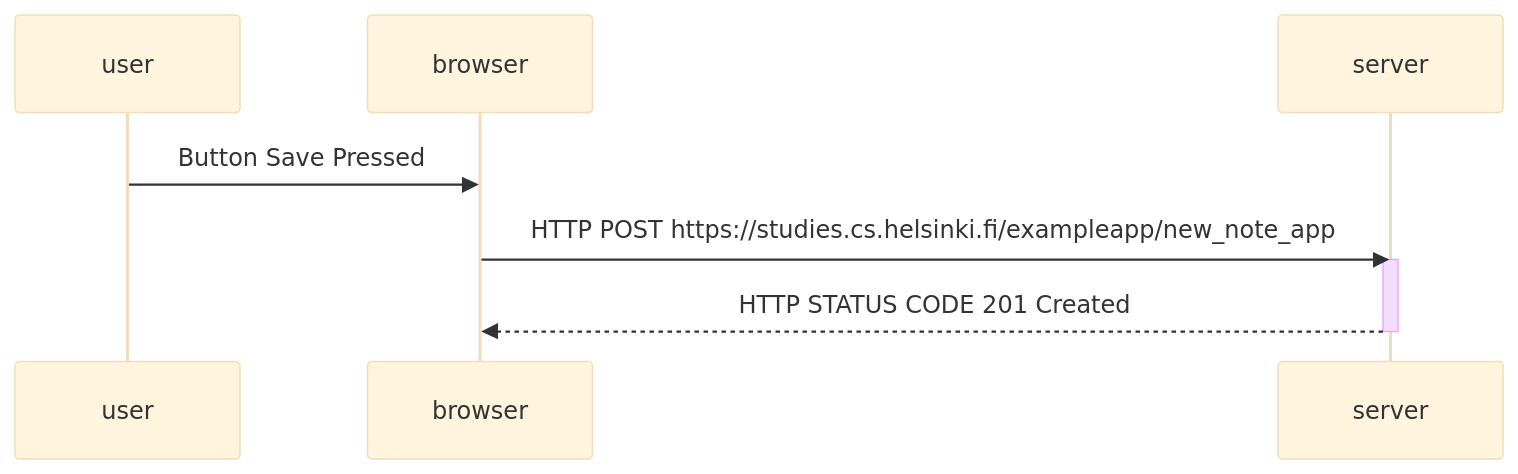
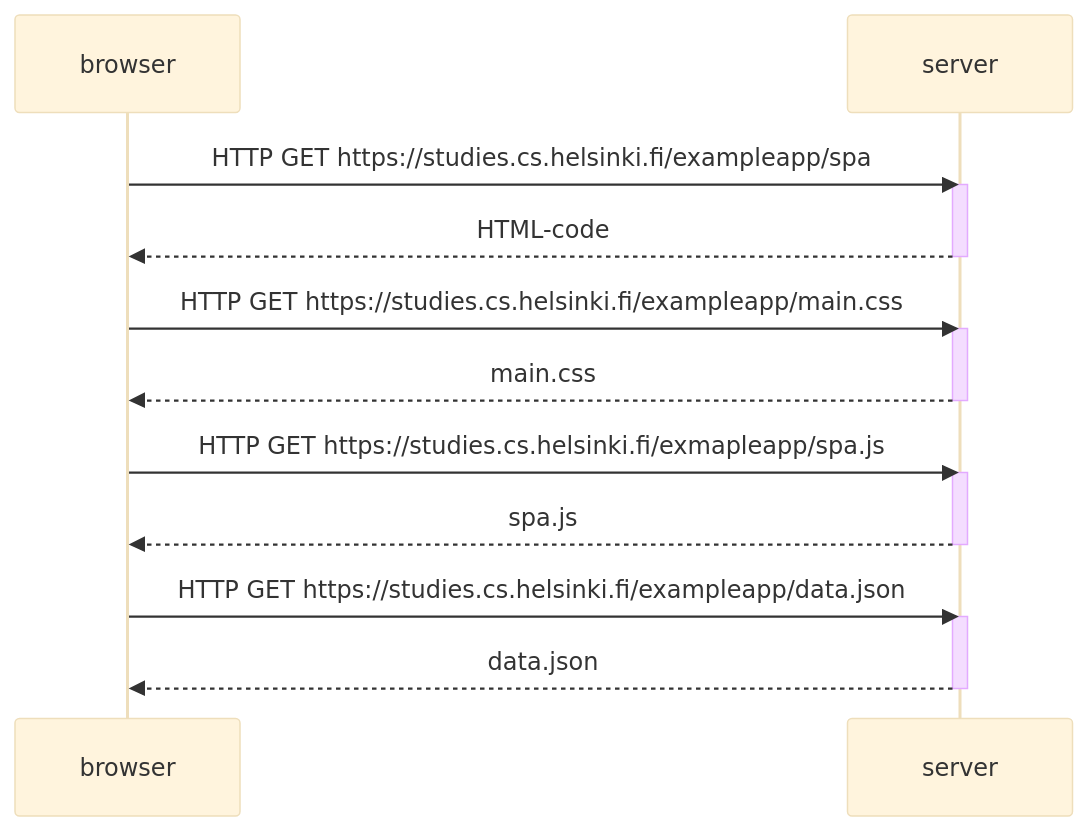
One commit to JesusSalasEstevez/FullStackOpen changed the diagram in part0/5.md. Above: the diagram before and after it, drawn with Mermaid (base theme). The commit also changed 1 other file, not shown here.

Commit message:
renamed 0.5 to 0.6 and 0.5 must be done

````diff
--- a/part0/5.md
+++ b/part0/5.md
@@ -1,13 +1,26 @@
 ```mermaid
-sequenceDiagram
-    participant user
+    sequenceDiagram
     participant browser
     participant server
 
-    user->>browser: Button Save Pressed
+    browser->>server: HTTP GET https://studies.cs.helsinki.fi/exampleapp/spa
+    activate server
+    server-->>browser: HTML-code
+    deactivate server
 
-    browser->>server: HTTP POST https://studies.cs.helsinki.fi/exampleapp/new_note_app
+    browser->>server: HTTP GET https://studies.cs.helsinki.fi/exampleapp/main.css
     activate server
-    server-->>browser: HTTP STATUS CODE 201 Created
+    server-->>browser: main.css
     deactivate server
+
+    browser->>server: HTTP GET https://studies.cs.helsinki.fi/exmapleapp/spa.js
+    activate server
+    server-->>browser: spa.js
+    deactivate server
+
+    browser->>server: HTTP GET https://studies.cs.helsinki.fi/exampleapp/data.json
+    activate server
+    server-->>browser: data.json
+    deactivate server
+
 ```
````
